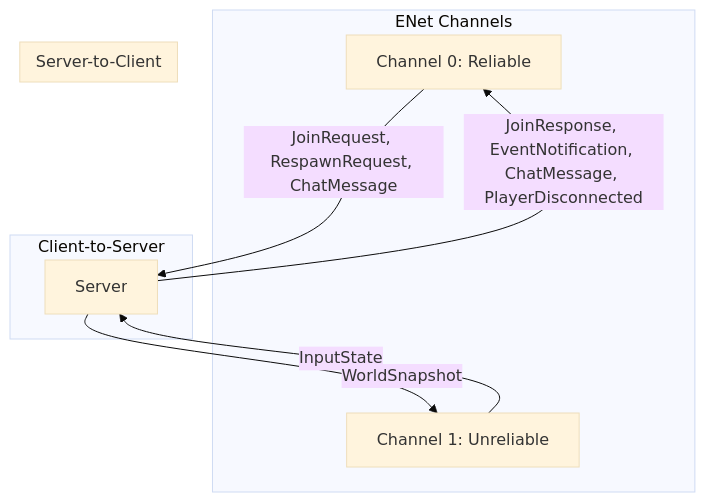
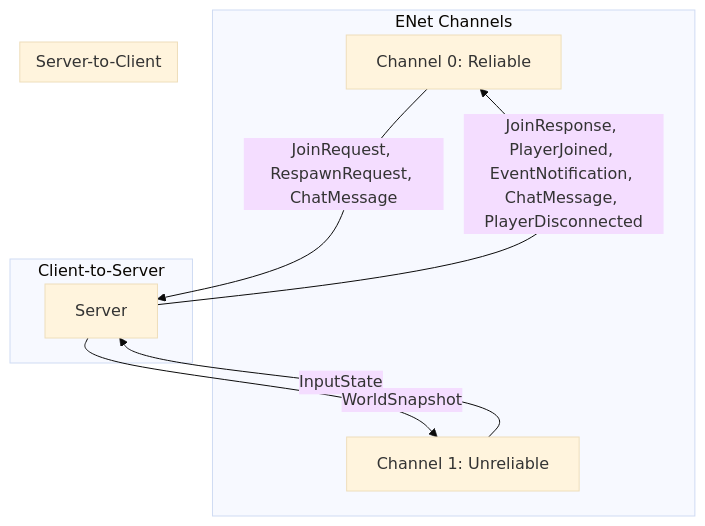
The second of 2 diagrams in README.md (JeffM2501/pewpewboomboom), drawn with Mermaid (base theme) before and after one commit. The commit also changed other lines of this file and 4 other files, not shown here.

Commit message:
define join message in docs handle tick on client

````diff
--- a/README.md
+++ b/README.md
@@ -117,17 +117,17 @@
 ```mermaid
 graph TD
     subgraph ENet Channels
         C0[Channel 0: Reliable]
         C1[Channel 1: Unreliable]
     end
 
     subgraph Client-to-Server
         C0 -->|JoinRequest, RespawnRequest, ChatMessage| Server
         C1 -->|InputState| Server
     end
 
     subgraph Server-to-Client
-        Server -->|JoinResponse, EventNotification, ChatMessage, PlayerDisconnected| C0
+        Server -->|JoinResponse, PlayerJoined, EventNotification, ChatMessage, PlayerDisconnected| C0
         Server -->|WorldSnapshot| C1
     end
 ```
````
